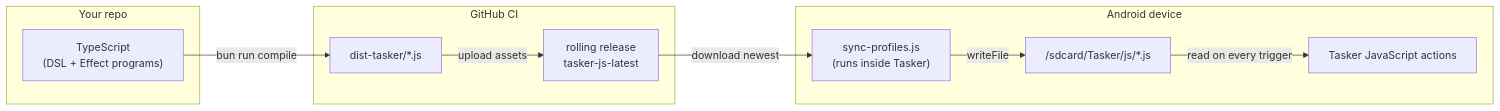
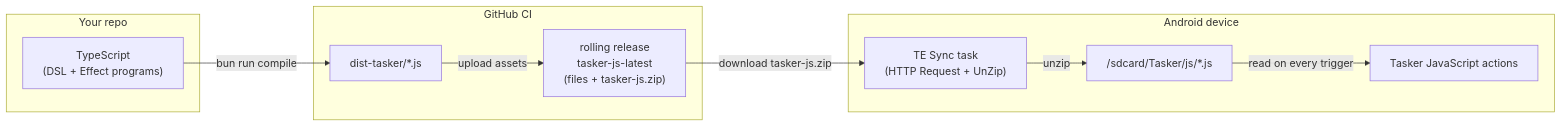
Before and after one commit to danielo515/tasker-effect: the first of 2 diagrams in README.md, drawn with Mermaid. The commit also changed other lines of this file and 10 other files, not shown here.

First line of the commit message:
TE Sync: download a release zip and unzip it natively

````diff
--- a/README.md
+++ b/README.md
@@ -11,20 +11,20 @@
 ```mermaid
 flowchart LR
     subgraph repo ["Your repo"]
         TS["TypeScript<br/>(DSL + Effect programs)"]
     end
     subgraph ci ["GitHub CI"]
         JS["dist-tasker/*.js"]
-        REL["rolling release<br/>tasker-js-latest"]
+        REL["rolling release<br/>tasker-js-latest<br/>(files + tasker-js.zip)"]
     end
     subgraph device ["Android device"]
-        SYNC["sync-profiles.js<br/>(runs inside Tasker)"]
+        SYNC["TE Sync task<br/>(HTTP Request + UnZip)"]
         DISK["/sdcard/Tasker/js/*.js"]
         ACT["Tasker JavaScript actions"]
     end
     TS -- "bun run compile" --> JS
     JS -- "upload assets" --> REL
-    REL -- "download newest" --> SYNC
-    SYNC -- "writeFile" --> DISK
+    REL -- "download tasker-js.zip" --> SYNC
+    SYNC -- "unzip" --> DISK
     DISK -- "read on every trigger" --> ACT
 ```
````
